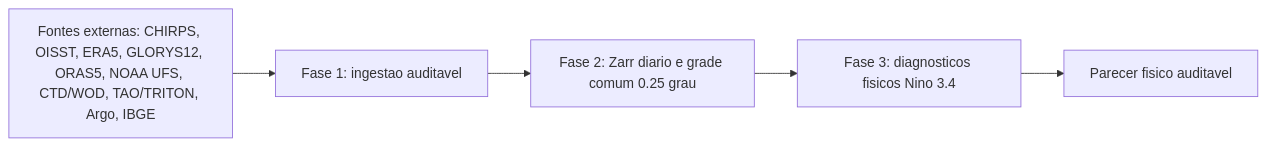
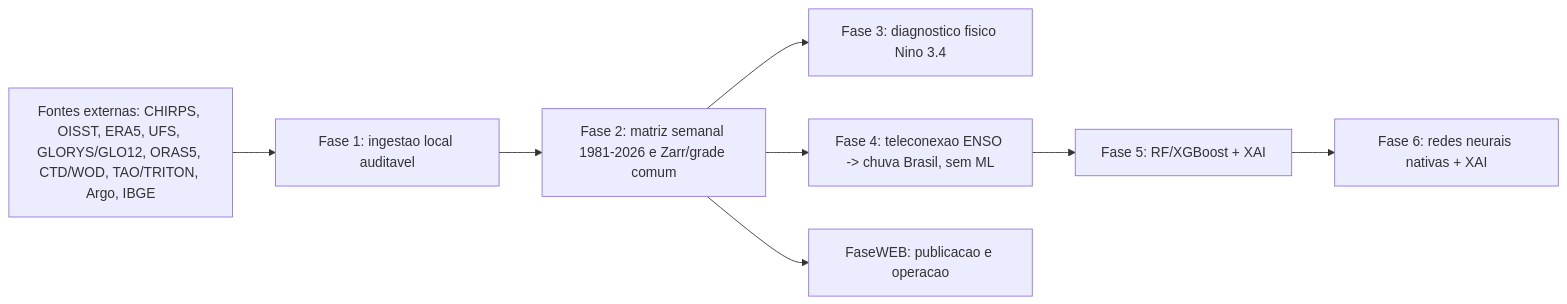
Before and after one commit to thiago-vilar/Nino26: the diagram in README.md, drawn with Mermaid. The commit also changed other lines of this file and 69 other files, not shown here.

````diff
--- a/README.md
+++ b/README.md
@@ -24,7 +30,10 @@
 ```mermaid
 flowchart LR
-    A["Fontes externas: CHIRPS, OISST, ERA5, GLORYS12, ORAS5, NOAA UFS, CTD/WOD, TAO/TRITON, Argo, IBGE"] --> B["Fase 1: ingestao auditavel"]
-    B --> C["Fase 2: Zarr diario e grade comum 0.25 grau"]
-    C --> D["Fase 3: diagnosticos fisicos Nino 3.4"]
-    D --> E["Parecer fisico auditavel"]
+    A["Fontes externas: CHIRPS, OISST, ERA5, UFS, GLORYS/GLO12, ORAS5, CTD/WOD, TAO/TRITON, Argo, IBGE"] --> B["Fase 1: ingestao local auditavel"]
+    B --> C["Fase 2: matriz semanal 1981-2026 e Zarr/grade comum"]
+    C --> D["Fase 3: diagnostico fisico Nino 3.4"]
+    C --> E["Fase 4: teleconexao ENSO -> chuva Brasil, sem ML"]
+    E --> F["Fase 5: RF/XGBoost + XAI"]
+    F --> G["Fase 6: redes neurais nativas + XAI"]
+    C --> H["FaseWEB: publicacao e operacao"]
 ```
````
